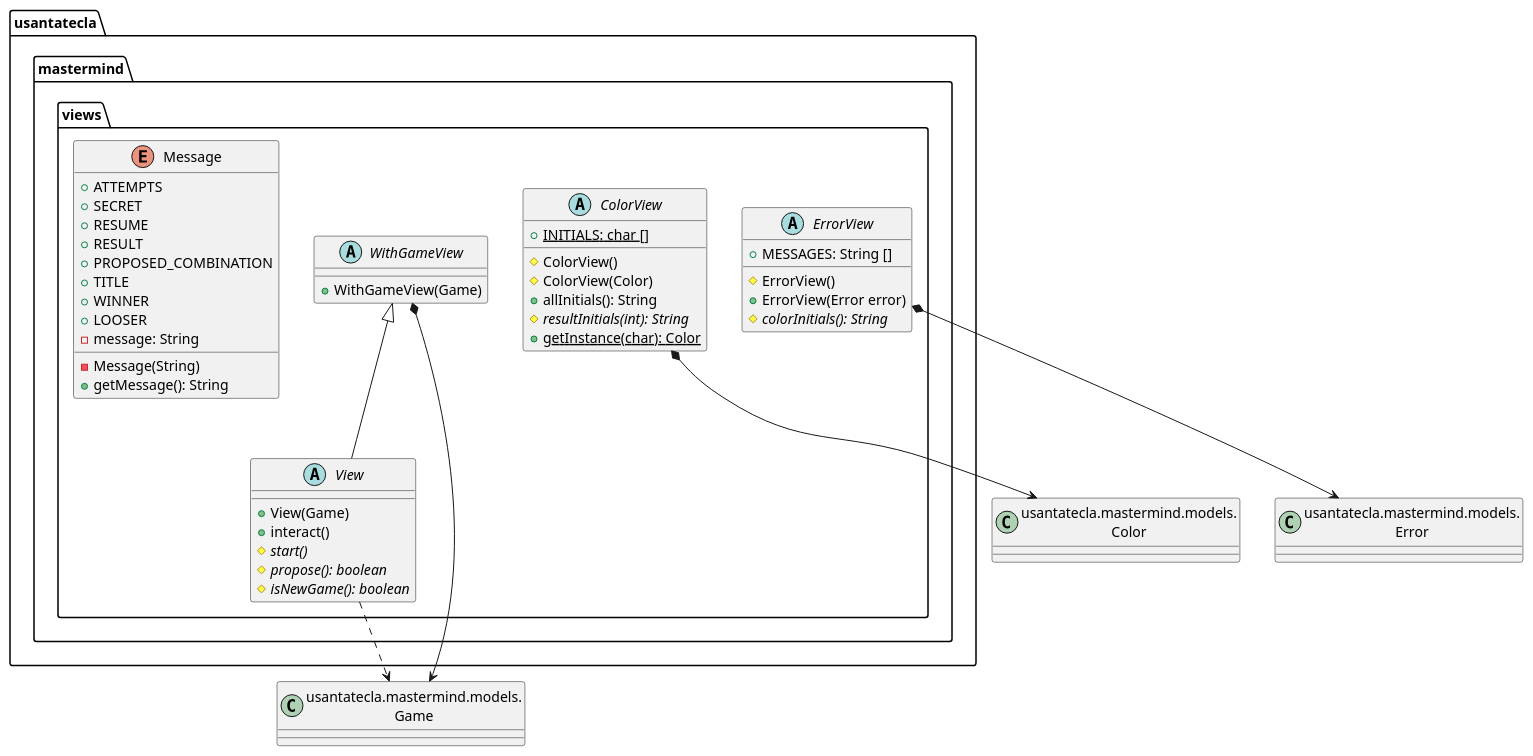
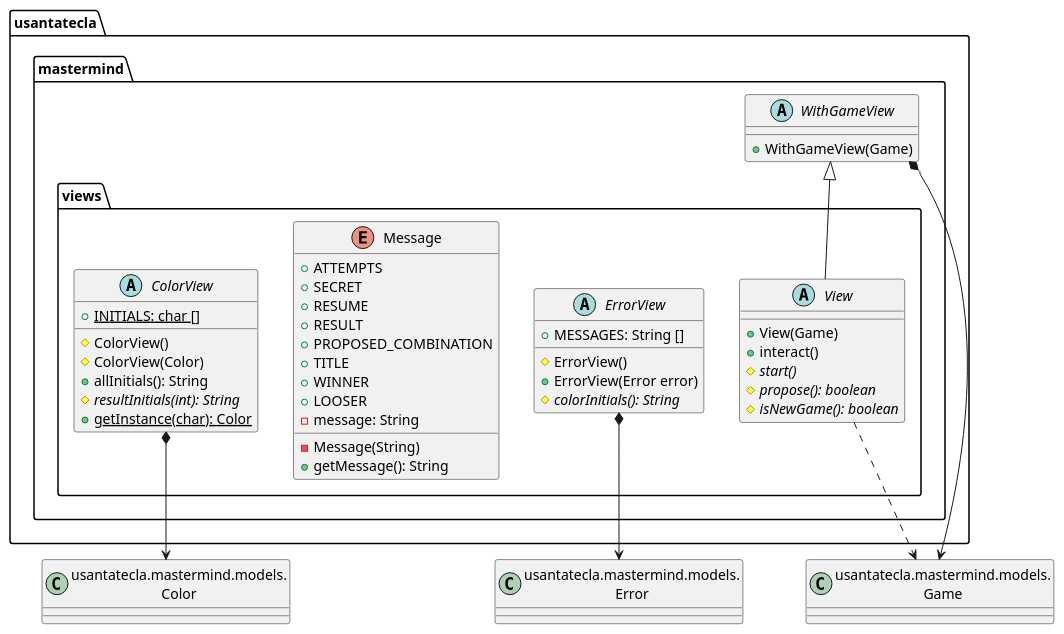
Before and after one commit to SantaTecla-mastermind/solution.java.swing.socket.sql: the second of 7 diagrams in documentView/withoutFactoryMethod/docs/diagrams/src/paquetes.plantuml, drawn with PlantUML. The commit also changed 55 other files, not shown here.

Commit message:
[mvp.pm.basic] Added WithGameView + changed documentation + refactor

```diff
--- a/documentView/withoutFactoryMethod/docs/diagrams/src/paquetes.plantuml
+++ b/documentView/withoutFactoryMethod/docs/diagrams/src/paquetes.plantuml
@@ -24,52 +24,52 @@
 @startuml usantatecla.mastermind.views
 class Error as "usantatecla.mastermind.models.\nError"{}
 class Color as "usantatecla.mastermind.models.\nColor"{}
 class Game as "usantatecla.mastermind.models.\nGame"{}
 
-abstract class usantatecla.mastermind.views.WithGameView {
+abstract class usantatecla.mastermind.WithGameView {
     + WithGameView(Game)
 }
-usantatecla.mastermind.views.WithGameView *-down-> Game
+usantatecla.mastermind.WithGameView *-down-> Game
 
 abstract class usantatecla.mastermind.views.ColorView{
     + {static} INITIALS: char []
     # ColorView()
     # ColorView(Color)
     + allInitials(): String
     # {abstract} resultInitials(int): String
     + {static} getInstance(char): Color
 }
 usantatecla.mastermind.views.ColorView *-down-> Color
 
 abstract class usantatecla.mastermind.views.ErrorView{
     + MESSAGES: String []
     # ErrorView()
     + ErrorView(Error error)
     # {abstract} colorInitials(): String
 }
 usantatecla.mastermind.views.ErrorView *-down-> Error
 
 enum usantatecla.mastermind.views.Message{
     + ATTEMPTS
     + SECRET
     + RESUME
     + RESULT
     + PROPOSED_COMBINATION
     + TITLE
     + WINNER
     + LOOSER
     - message: String
     - Message(String)
     + getMessage(): String
 }
 
 abstract class usantatecla.mastermind.views.View {
     + View(Game)
     + interact()
     # {abstract} start()
     # {abstract} propose(): boolean
     # {abstract} isNewGame(): boolean
 }
-usantatecla.mastermind.views.View -up-|> usantatecla.mastermind.views.WithGameView
+usantatecla.mastermind.views.View -up-|> usantatecla.mastermind.WithGameView
 usantatecla.mastermind.views.View .down.> Game
 @enduml
```
